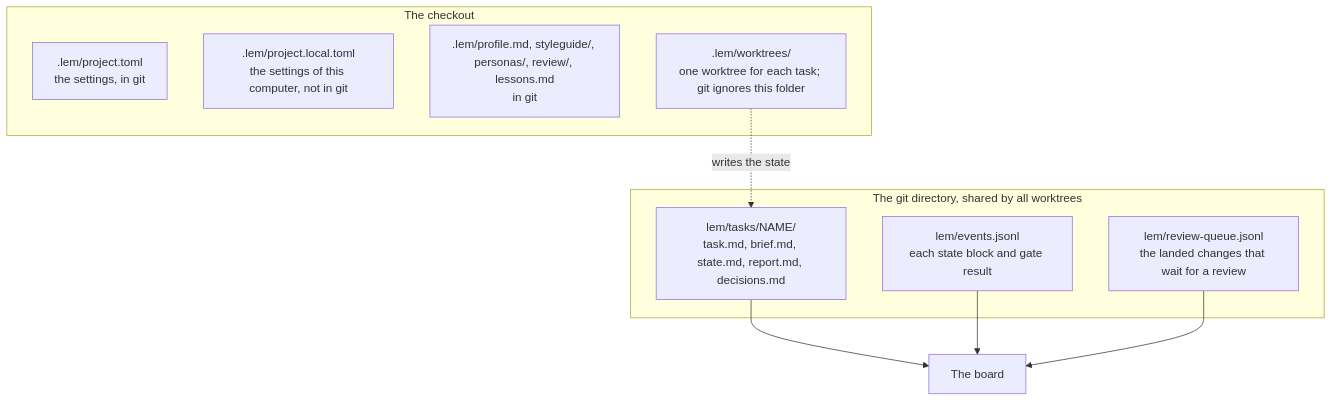
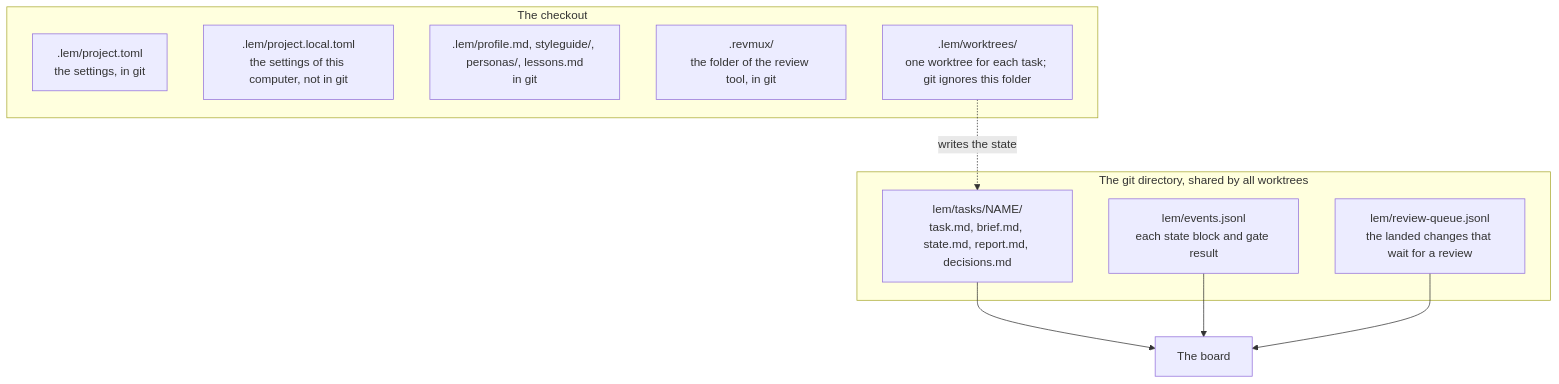
The third of 3 diagrams in README.md (pySilver/lem), drawn with Mermaid before and after one commit. The commit also changed other lines of this file and 7 other files, not shown here.

First line of the commit message:
feat(lem): the review tool's folder stays where that tool reads it, and webrev is the recommended way to mark up a document

````diff
--- a/README.md
+++ b/README.md
@@ -138,18 +138,19 @@
 ```mermaid
 flowchart TD
     subgraph checkout [The checkout]
         toml[.lem/project.toml<br/>the settings, in git]
         local[.lem/project.local.toml<br/>the settings of this computer, not in git]
-        profiles[.lem/profile.md, styleguide/, personas/, review/, lessons.md<br/>in git]
+        profiles[.lem/profile.md, styleguide/, personas/, lessons.md<br/>in git]
+        revmux[.revmux/<br/>the folder of the review tool, in git]
         wt[.lem/worktrees/<br/>one worktree for each task; git ignores this folder]
     end
     subgraph gitdir [The git directory, shared by all worktrees]
         tasks[lem/tasks/NAME/<br/>task.md, brief.md, state.md, report.md, decisions.md]
         events[lem/events.jsonl<br/>each state block and gate result]
         queue[lem/review-queue.jsonl<br/>the landed changes that wait for a review]
     end
     wt -. writes the state .-> tasks
     tasks --> board[The board]
     events --> board
     queue --> board
 ```
````
